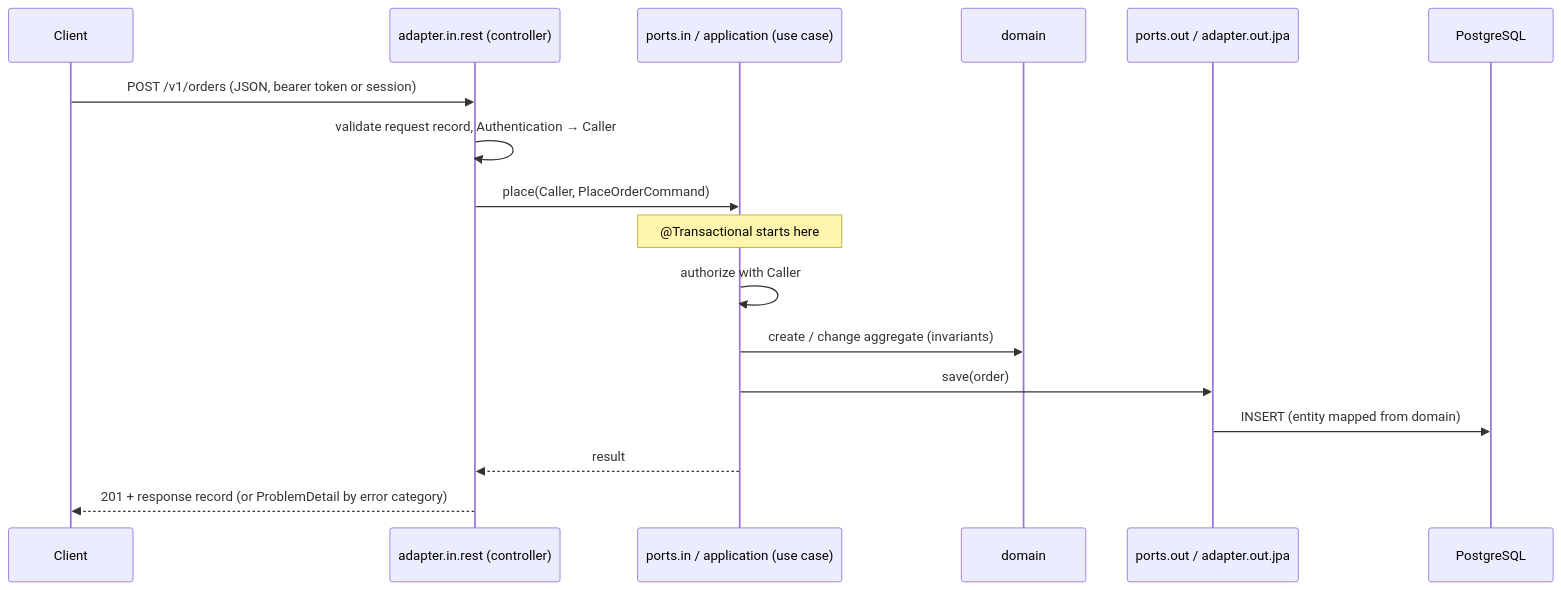
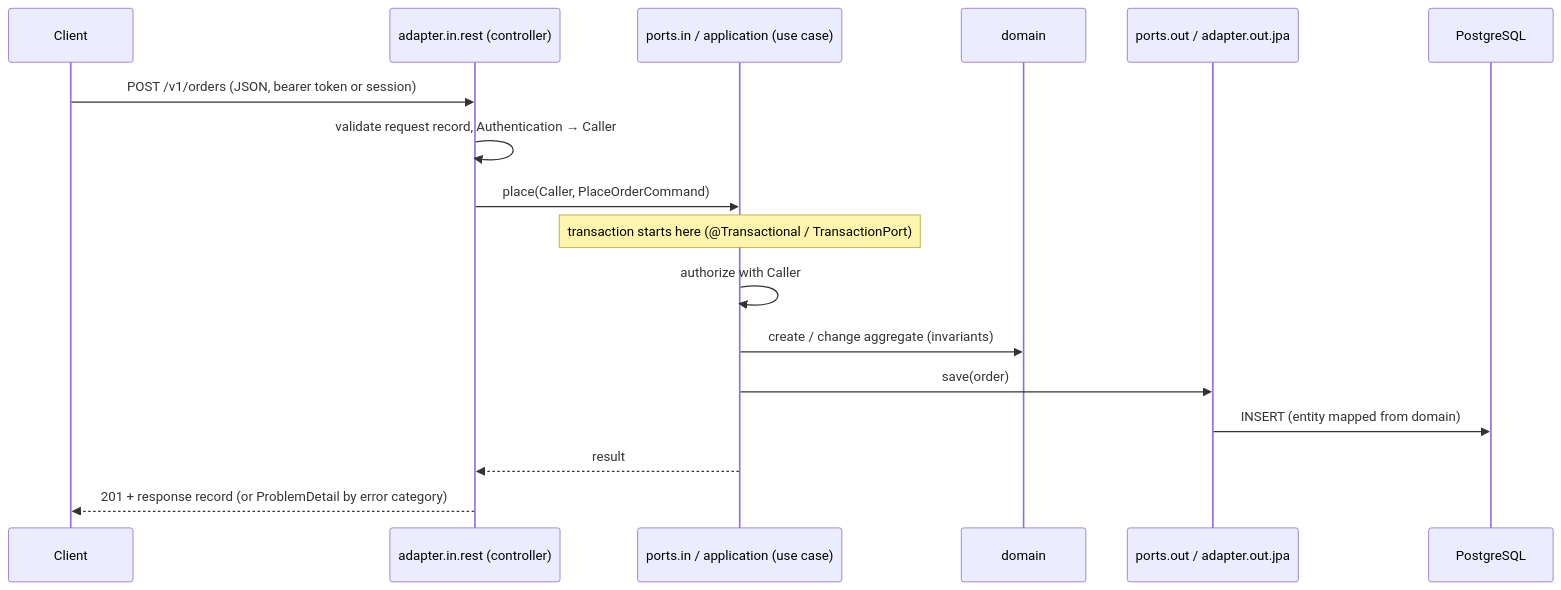
One commit to mremolt/project-quality-baseline changed the first of 2 diagrams in docs/baseline/06-runtime-view/README.md. Above: the diagram before and after it, drawn with Mermaid. The commit also changed other lines of this file and 194 other files, not shown here.

````diff
--- a/docs/baseline/06-runtime-view/README.md
+++ b/docs/baseline/06-runtime-view/README.md
@@ -7,19 +7,19 @@
 ```mermaid
 sequenceDiagram
   participant C as Client
   participant R as adapter.in.rest (controller)
   participant UC as ports.in / application (use case)
   participant D as domain
   participant P as ports.out / adapter.out.jpa
   participant DB as PostgreSQL
   C->>R: POST /v1/orders (JSON, bearer token or session)
   R->>R: validate request record, Authentication → Caller
   R->>UC: place(Caller, PlaceOrderCommand)
-  Note over UC: @Transactional starts here
+  Note over UC: transaction starts here (@Transactional / TransactionPort)
   UC->>UC: authorize with Caller
   UC->>D: create / change aggregate (invariants)
   UC->>P: save(order)
   P->>DB: INSERT (entity mapped from domain)
   UC-->>R: result
   R-->>C: 201 + response record (or ProblemDetail by error category)
 ```
````
